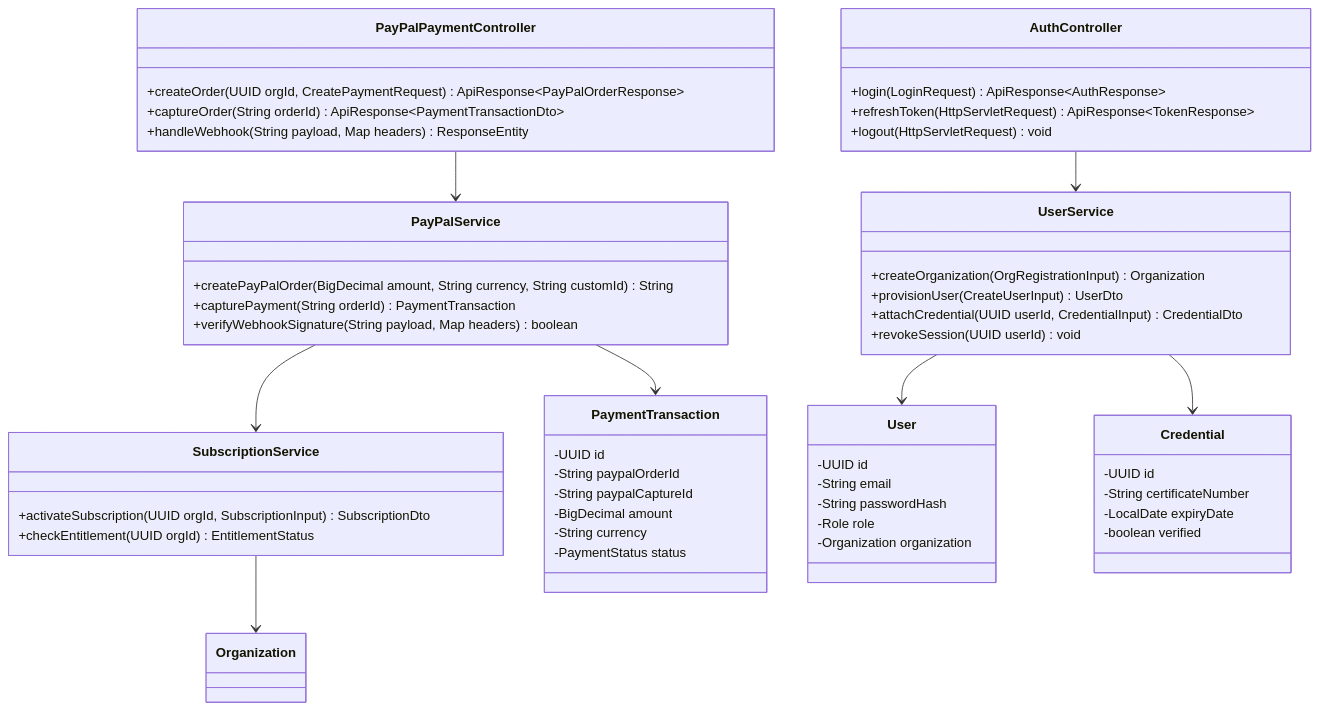
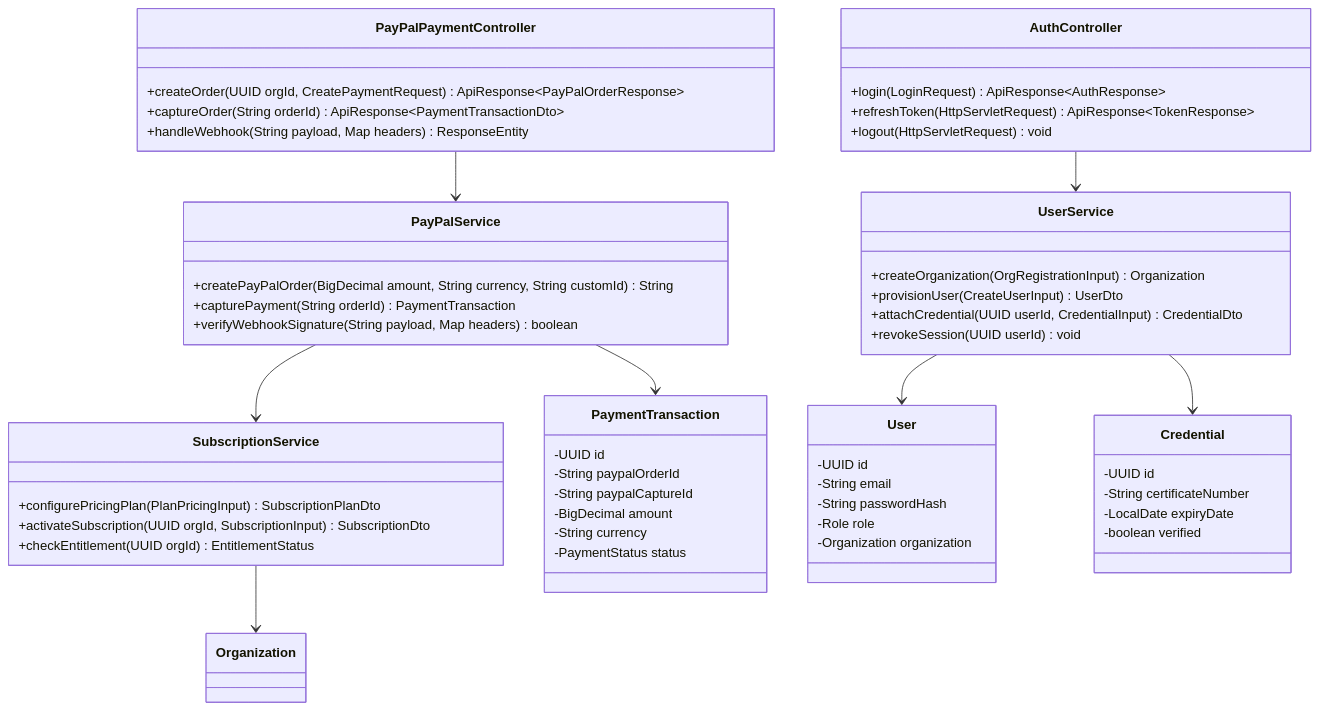
The first of 18 diagrams in reports/report-4-software-design-document/03-detailed-design.md (tungbach12/SmartDroneInspection-Docs), drawn with Mermaid before and after one commit. The commit also changed other lines of this file and 3 other files, not shown here.

````diff
--- a/reports/report-4-software-design-document/03-detailed-design.md
+++ b/reports/report-4-software-design-document/03-detailed-design.md
@@ -14,57 +14,58 @@
 ```mermaid
 %% title: Identity and Workforce Management Class Diagram
 classDiagram
   class AuthController {
     +login(LoginRequest) ApiResponse~AuthResponse~
     +refreshToken(HttpServletRequest) ApiResponse~TokenResponse~
     +logout(HttpServletRequest) void
   }
   class UserService {
     +createOrganization(OrgRegistrationInput) Organization
     +provisionUser(CreateUserInput) UserDto
     +attachCredential(UUID userId, CredentialInput) CredentialDto
     +revokeSession(UUID userId) void
   }
   class SubscriptionService {
+    +configurePricingPlan(PlanPricingInput) SubscriptionPlanDto
     +activateSubscription(UUID orgId, SubscriptionInput) SubscriptionDto
     +checkEntitlement(UUID orgId) EntitlementStatus
   }
   class PayPalPaymentController {
     +createOrder(UUID orgId, CreatePaymentRequest) ApiResponse~PayPalOrderResponse~
     +captureOrder(String orderId) ApiResponse~PaymentTransactionDto~
     +handleWebhook(String payload, Map headers) ResponseEntity
   }
   class PayPalService {
     +createPayPalOrder(BigDecimal amount, String currency, String customId) String
     +capturePayment(String orderId) PaymentTransaction
     +verifyWebhookSignature(String payload, Map headers) boolean
   }
   class PaymentTransaction {
     -UUID id
     -String paypalOrderId
     -String paypalCaptureId
     -BigDecimal amount
     -String currency
     -PaymentStatus status
   }
   class User {
     -UUID id
     -String email
     -String passwordHash
     -Role role
     -Organization organization
   }
   class Credential {
     -UUID id
     -String certificateNumber
     -LocalDate expiryDate
     -boolean verified
   }
   AuthController --> UserService
   UserService --> User
   UserService --> Credential
   PayPalPaymentController --> PayPalService
   PayPalService --> SubscriptionService
   PayPalService --> PaymentTransaction
   SubscriptionService --> Organization
 ```
````
